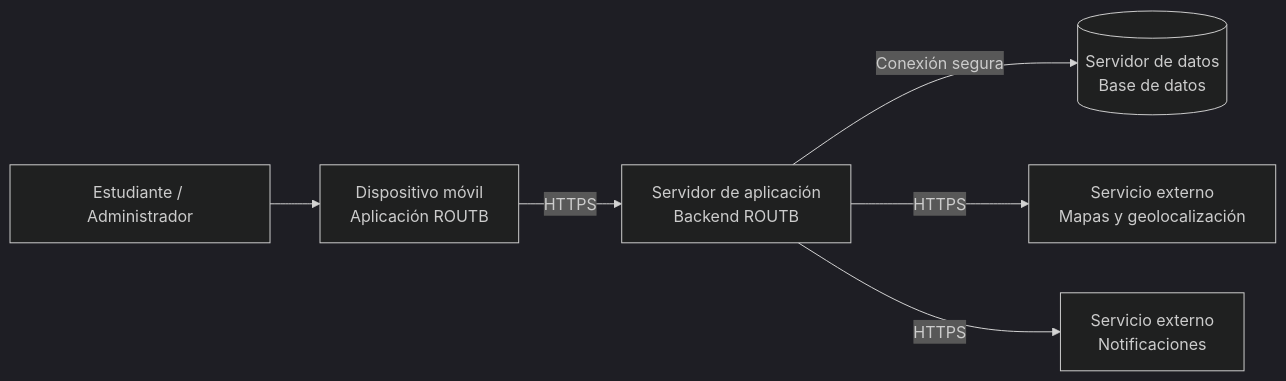
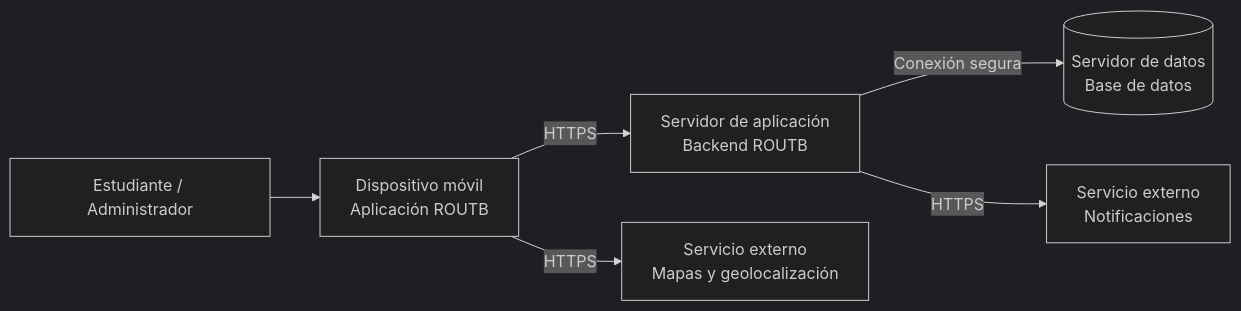
One commit to ISCOUTB/AS_202620_ROUTB changed the first of 2 diagrams in docs/arc42/07_vista_de_despliegue.md. Above: the diagram before and after it, drawn with Mermaid (dark theme). The commit also changed other lines of this file and 13 other files, not shown here.

````diff
--- a/docs/arc42/07_vista_de_despliegue.md
+++ b/docs/arc42/07_vista_de_despliegue.md
@@ -7,15 +7,15 @@
 ```mermaid
 flowchart LR
     U["Estudiante / Administrador"]
     APP["Dispositivo móvil<br/>Aplicación ROUTB"]
     API["Servidor de aplicación<br/>Backend ROUTB"]
     DB[("Servidor de datos<br/>Base de datos")]
     MAP["Servicio externo<br/>Mapas y geolocalización"]
     PUSH["Servicio externo<br/>Notificaciones"]
 
     U --> APP
     APP -->|"HTTPS"| API
+    APP -->|"HTTPS"| MAP
     API -->|"Conexión segura"| DB
-    API -->|"HTTPS"| MAP
     API -->|"HTTPS"| PUSH
 ```
````
